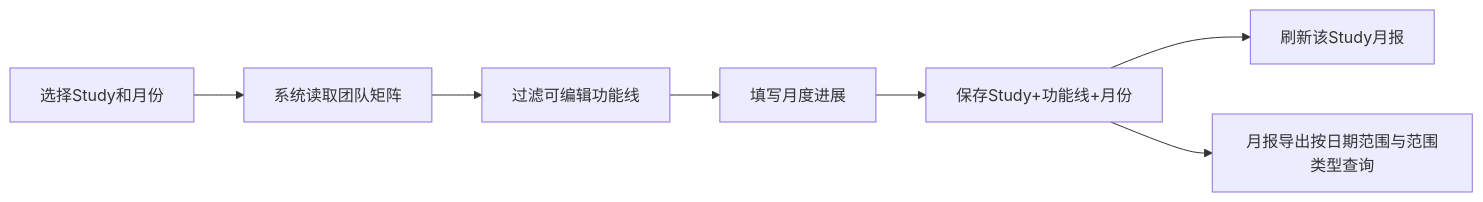
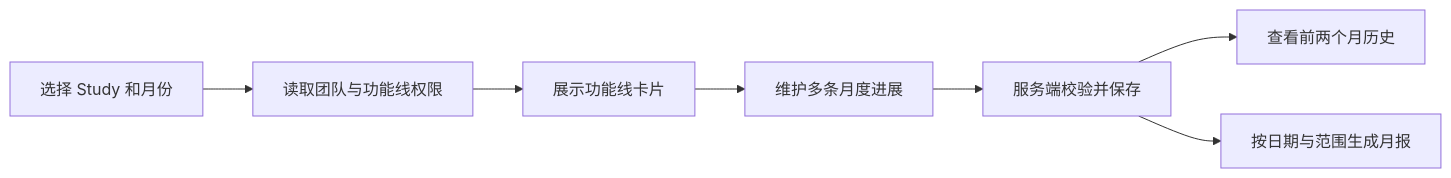
Before and after one commit to hero945/int-service-study-management: the second of 4 diagrams in docs/临床研发管线管理系统_PRD_v1.0.md, drawn with Mermaid. The commit also changed other lines of this file and 5 other files, not shown here.

````diff
--- a/docs/临床研发管线管理系统_PRD_v1.0.md
+++ b/docs/临床研发管线管理系统_PRD_v1.0.md
@@ -579,9 +535,9 @@
 ```mermaid
 flowchart LR
-  A[选择Study和月份] --> B[系统读取团队矩阵]
-  B --> C[过滤可编辑功能线]
-  C --> D[填写月度进展]
-  D --> E[保存Study+功能线+月份]
-  E --> F[刷新该Study月报]
-  E --> G[月报导出按日期范围与范围类型查询]
+  A[选择 Study 和月份] --> B[读取团队与功能线权限]
+  B --> C[展示功能线卡片]
+  C --> D[维护多条月度进展]
+  D --> E[服务端校验并保存]
+  E --> F[查看前两个月历史]
+  E --> G[按日期与范围生成月报]
 ```
````
